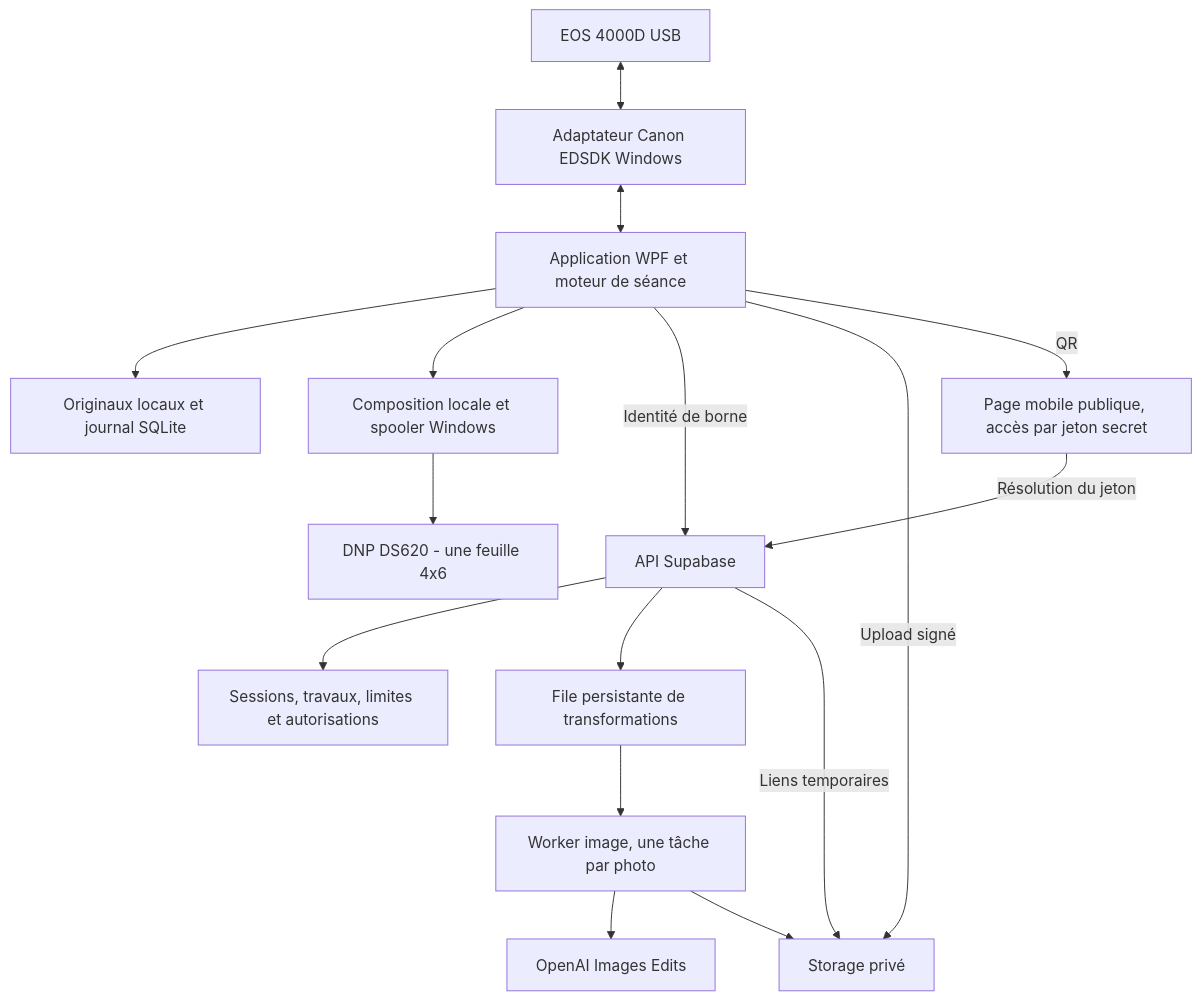
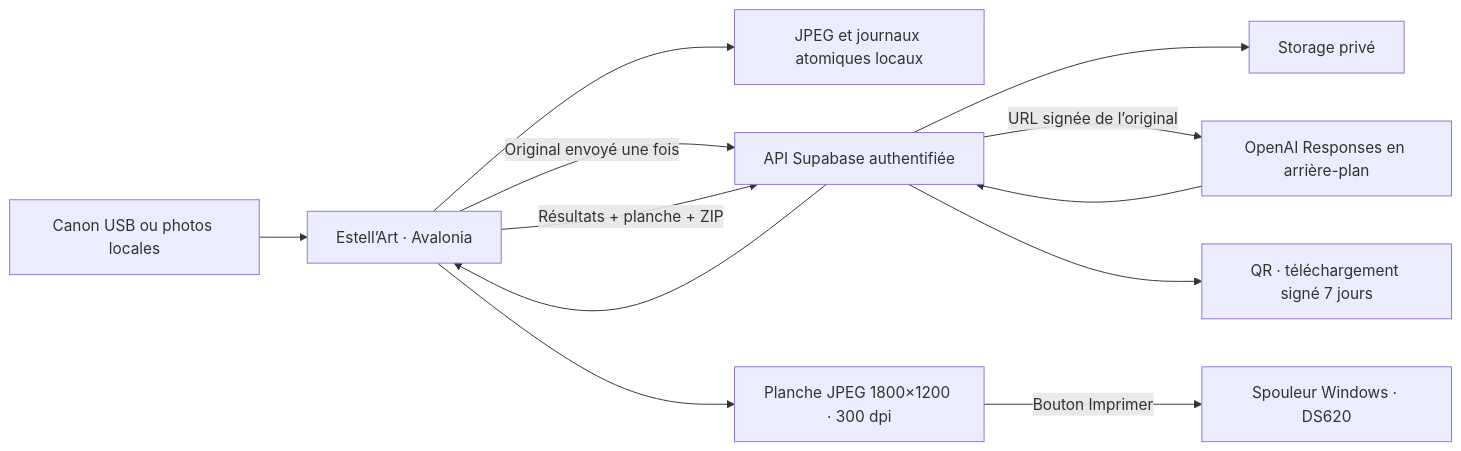
The diagram in docs/ARCHITECTURE.md (djnivek/PhotoBooth), drawn with Mermaid before and after one commit. The commit also changed other lines of this file and 53 other files, not shown here.

Commit message:
feat(cloud): preserve originals and share verified photo sessions

````diff
--- a/docs/ARCHITECTURE.md
+++ b/docs/ARCHITECTURE.md
@@ -5,18 +5,14 @@
 ```mermaid
-flowchart TB
-  CANON[EOS 4000D USB] <--> EDSDK[Adaptateur Canon EDSDK Windows]
-  EDSDK <--> APP[Application WPF et moteur de séance]
-  APP --> LOCAL[Originaux locaux et journal SQLite]
-  APP --> PRINT[Composition locale et spooler Windows]
-  PRINT --> DNP[DNP DS620 - une feuille 4x6]
-  APP -->|Identité de borne| API[API Supabase]
-  API --> DB[Sessions, travaux, limites et autorisations]
-  APP -->|Upload signé| STORAGE[Storage privé]
-  API --> QUEUE[File persistante de transformations]
-  QUEUE --> WORKER[Worker image, une tâche par photo]
-  WORKER --> OPENAI[OpenAI Images Edits]
-  WORKER --> STORAGE
-  APP -->|QR| PHONE[Page mobile publique, accès par jeton secret]
-  PHONE -->|Résolution du jeton| API
-  API -->|Liens temporaires| STORAGE
+flowchart LR
+  CAMERA[Canon USB ou photos locales] --> APP[Estell’Art · Avalonia]
+  APP --> LOCAL[JPEG et journaux atomiques locaux]
+  APP -->|Original envoyé une fois| API[API Supabase authentifiée]
+  API --> STORAGE[Storage privé]
+  API -->|URL signée de l’original| AI[OpenAI Responses en arrière-plan]
+  AI --> API
+  API --> APP
+  APP --> SHEET[Planche JPEG 1800×1200 · 300 dpi]
+  SHEET -->|Bouton Imprimer| GDI[Spouleur Windows · DS620]
+  APP -->|Résultats + planche + ZIP| API
+  API --> QR[QR · téléchargement signé 7 jours]
 ```
````
